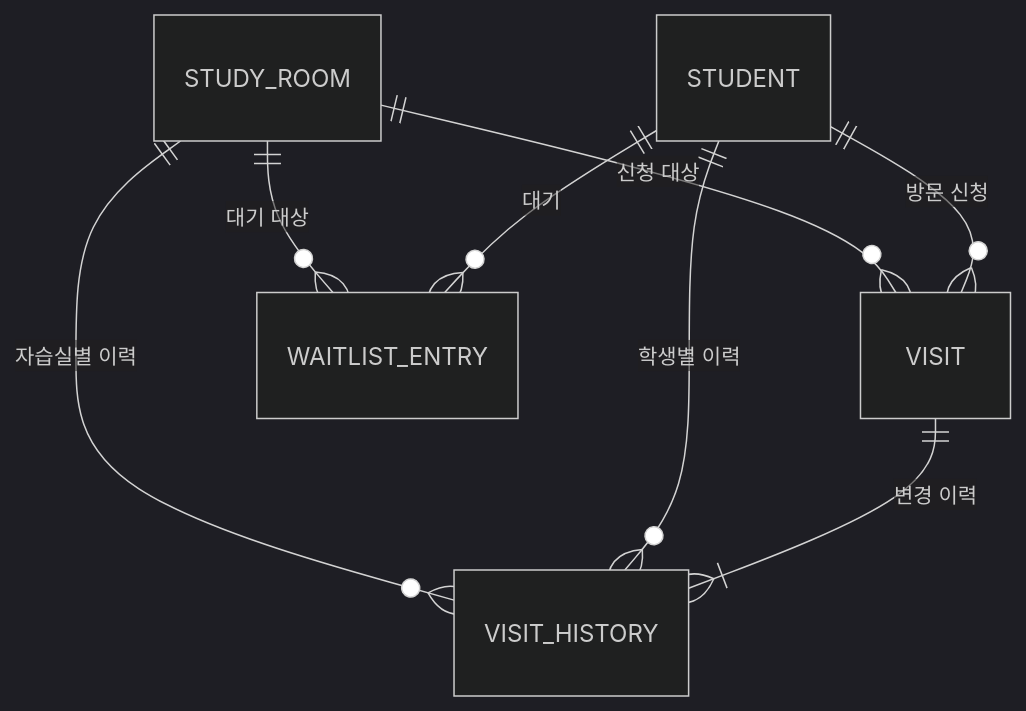
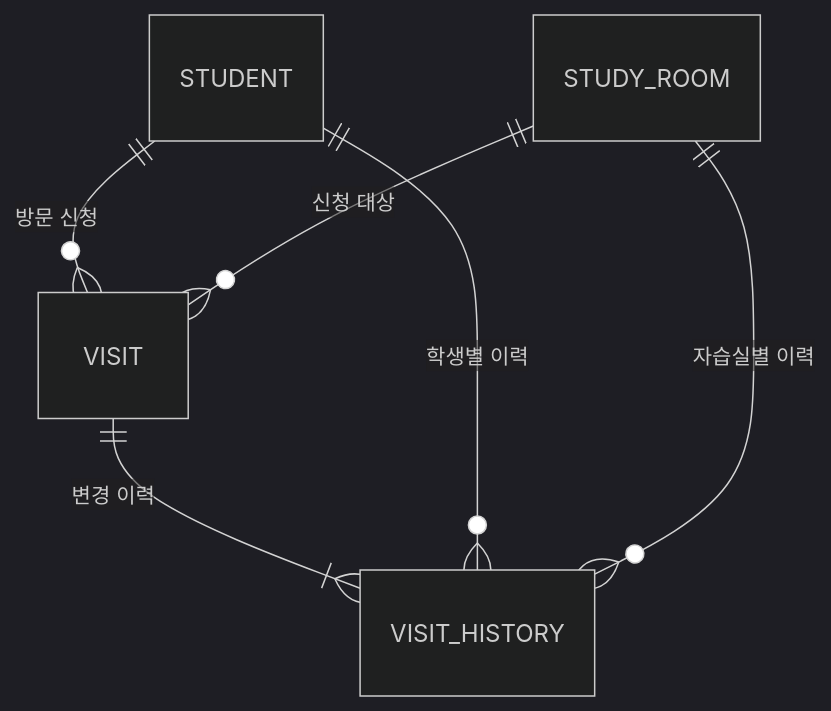
Before and after one commit to JungMINI-developer/hiconsy-task: the first of 3 diagrams in docs/database.md, drawn with Mermaid (dark theme). The commit also changed other lines of this file, not shown here.

````diff
--- a/docs/database.md
+++ b/docs/database.md
@@ -12,10 +12,8 @@
 ```mermaid
 erDiagram
   STUDENT ||--o{ VISIT : "방문 신청"
   STUDY_ROOM ||--o{ VISIT : "신청 대상"
   VISIT ||--|{ VISIT_HISTORY : "변경 이력"
   STUDENT ||--o{ VISIT_HISTORY : "학생별 이력"
   STUDY_ROOM ||--o{ VISIT_HISTORY : "자습실별 이력"
-  STUDENT ||--o{ WAITLIST_ENTRY : "대기"
-  STUDY_ROOM ||--o{ WAITLIST_ENTRY : "대기 대상"
 ```
````
